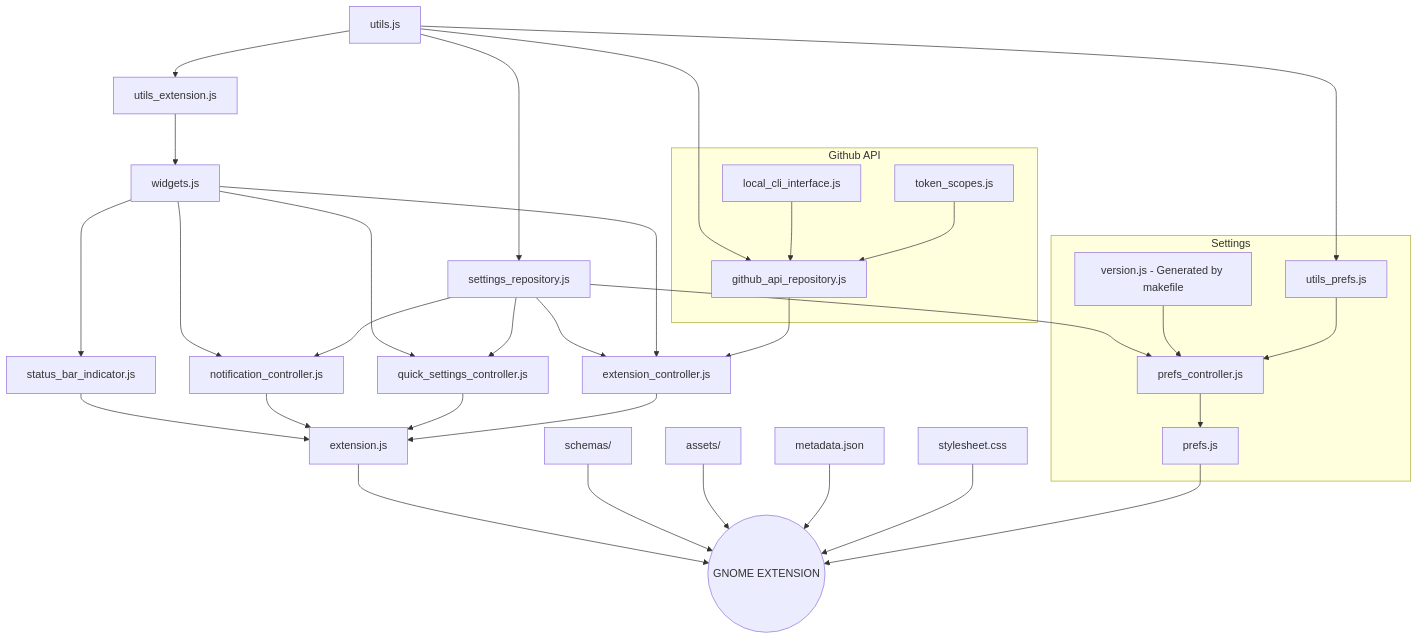
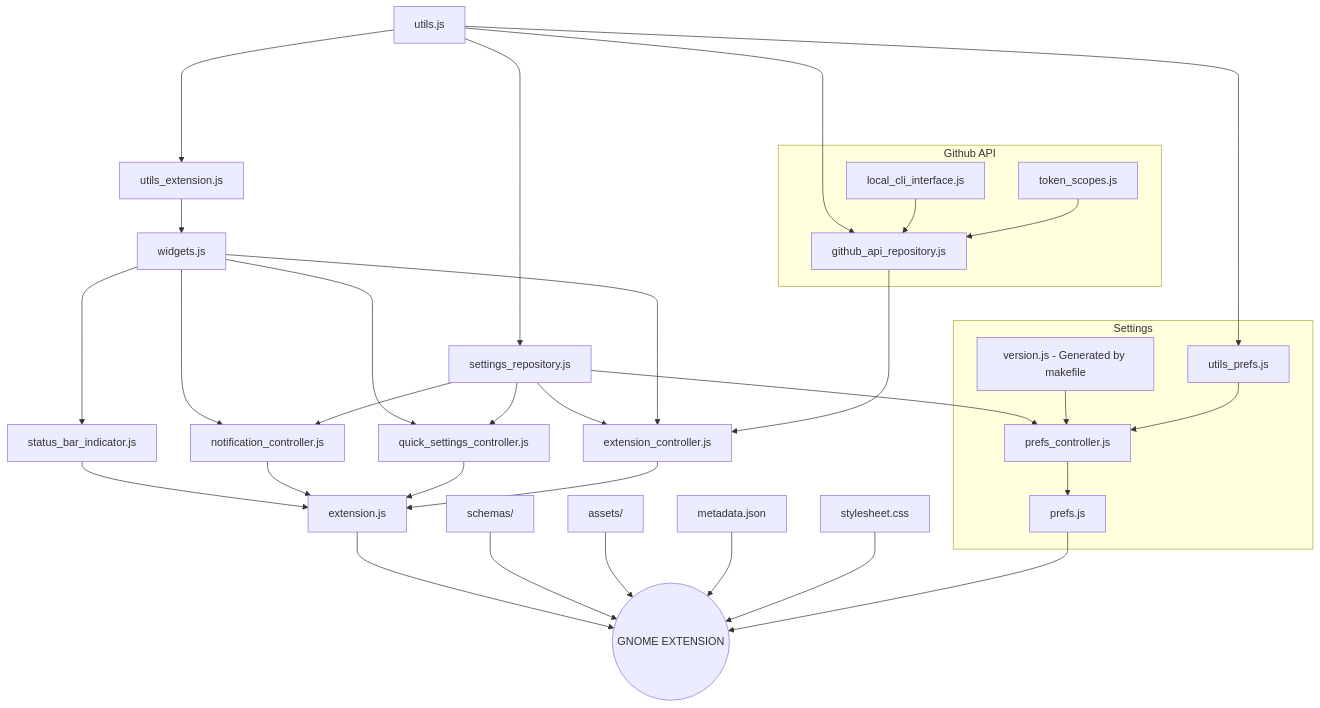
Before and after one commit to arononak/github-actions-gnome-extension: the diagram in README.md, drawn with Mermaid. The commit also changed other lines of this file, not shown here.

````diff
--- a/README.md
+++ b/README.md
@@ -40,46 +30,46 @@
 ```mermaid
 graph TD
-    utils.js-->utils_extension.js
-    utils.js-->github_api_repository.js
-    utils.js-->utils_prefs.js
-    utils.js-->settings_repository.js
+    utils.js---->utils_extension.js
+    utils.js---->github_api_repository.js
+    utils.js---->utils_prefs.js
+    utils.js---->settings_repository.js
     utils_extension.js-->widgets.js
     widgets.js--->status_bar_indicator.js
     widgets.js--->quick_settings_controller.js
     widgets.js--->notification_controller.js
     settings_repository.js-->extension_controller.js
     widgets.js-->extension_controller.js
     local_cli_interface.js-->github_api_repository.js
     token_scopes.js-->github_api_repository.js
-    github_api_repository.js-->extension_controller.js
+    github_api_repository.js--->extension_controller.js
     settings_repository.js-->quick_settings_controller.js
     settings_repository.js-->notification_controller.js
     settings_repository.js-->prefs_controller.js
     version.js[version.js - Generated by makefile]-->prefs_controller.js
     utils_prefs.js-->prefs_controller.js
     prefs_controller.js-->prefs.js
     status_bar_indicator.js-->extension.js
     notification_controller.js-->extension.js
     quick_settings_controller.js-->extension.js
     extension_controller.js-->extension.js
     
     extension.js-->EXTENSION((GNOME EXTENSION))
     schemas/-->EXTENSION((GNOME EXTENSION))
     assets/-->EXTENSION((GNOME EXTENSION))
     metadata.json-->EXTENSION((GNOME EXTENSION))
     stylesheet.css-->EXTENSION((GNOME EXTENSION))
     prefs.js-->EXTENSION((GNOME EXTENSION))
 
     subgraph "Settings"
         version.js
         prefs.js
         prefs_controller.js
         utils_prefs.js
     end
 
     subgraph "Github API"
         token_scopes.js
         local_cli_interface.js
         github_api_repository.js
     end
 ```
````
